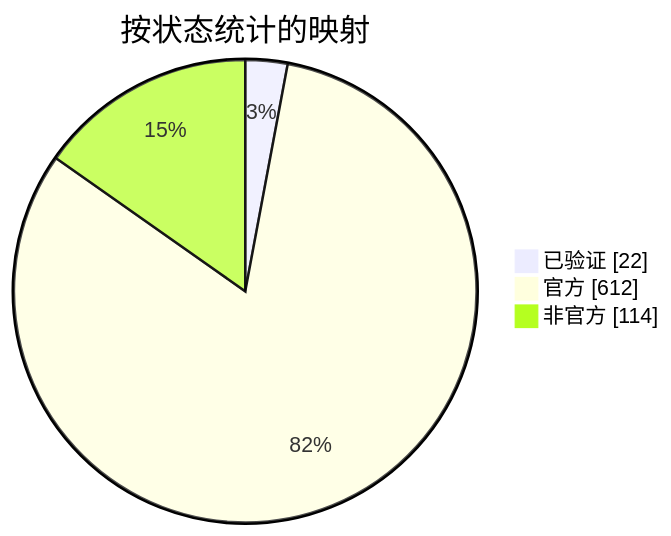
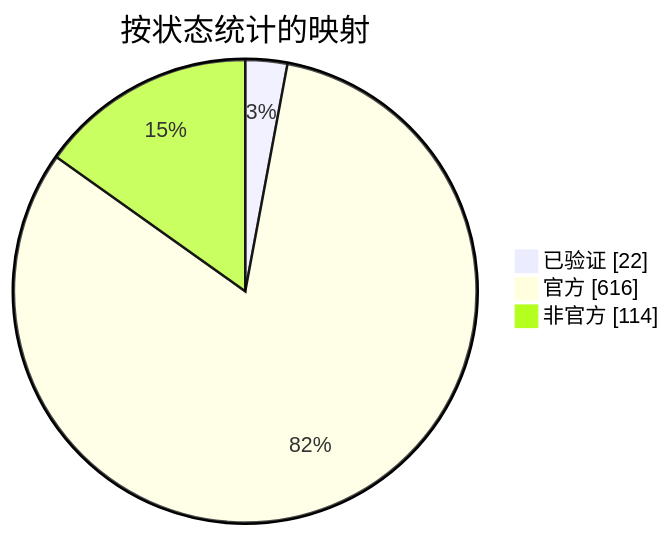
Before and after one commit to nobrega8/mbmap-library: the diagram in docs/readme/README_ZHS.md, drawn with Mermaid. The commit also changed 9 other files, not shown here.

````diff
--- a/docs/readme/README_ZHS.md
+++ b/docs/readme/README_ZHS.md
@@ -54,7 +54,7 @@
 ```mermaid
 pie showData
     title 按状态统计的映射
     "已验证" : 22
-    "官方" : 612
+    "官方" : 616
     "非官方" : 114
 ```
````
